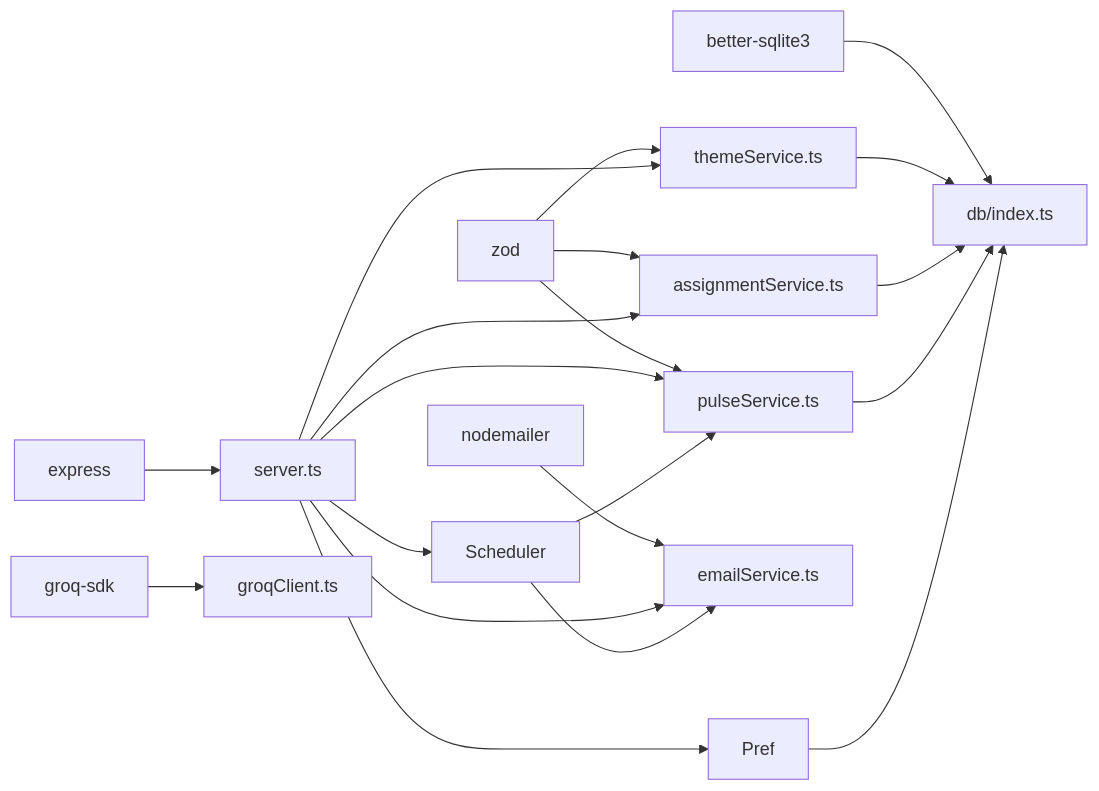
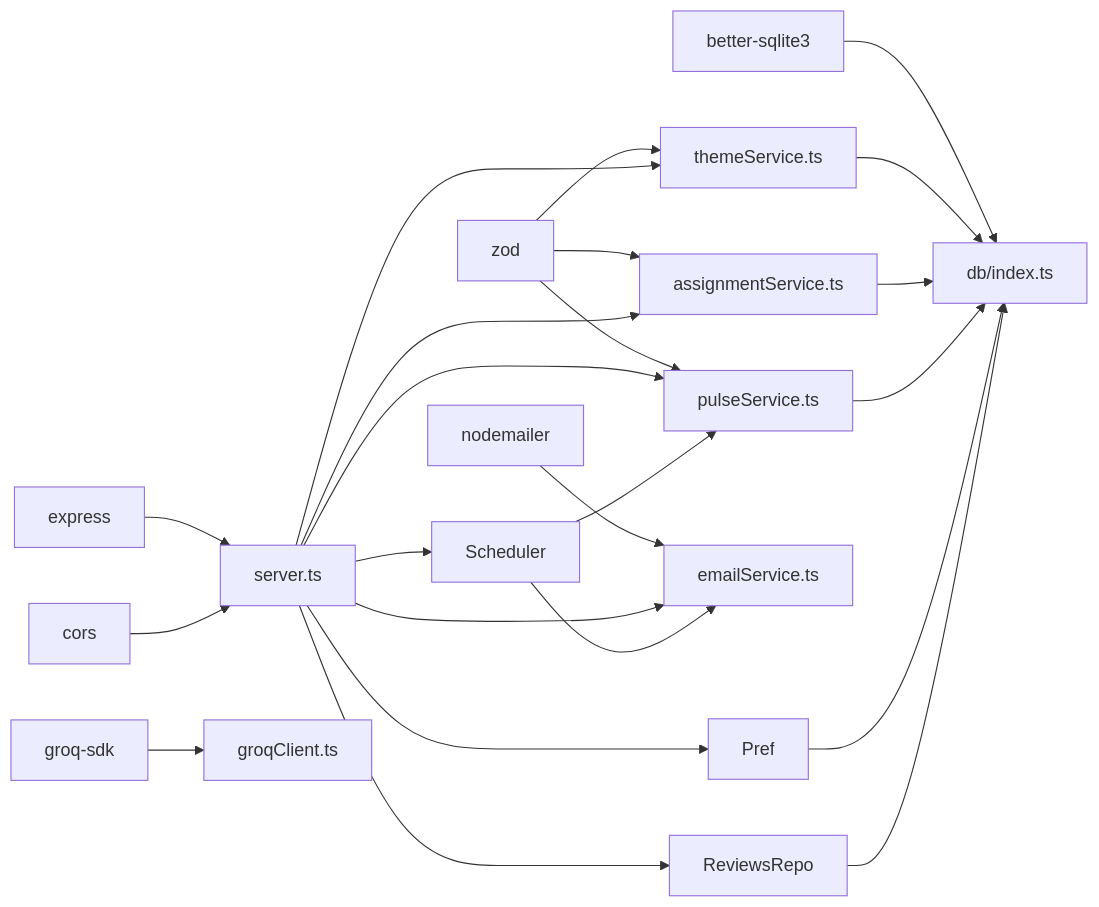
Before and after one commit to aravinthraj-ramalingam/Groww-App-Review-Insights-Analyzer-: the tenth of 11 diagrams in .qoder/repowiki/en/content/API Reference/Phase 2 API Endpoints.md, drawn with Mermaid. The commit also changed other lines of this file and 11 other files, not shown here.

````diff
--- a/.qoder/repowiki/en/content/API Reference/Phase 2 API Endpoints.md
+++ b/.qoder/repowiki/en/content/API Reference/Phase 2 API Endpoints.md
@@ -447,22 +562,25 @@
 ```mermaid
 graph LR
 Express["express"] --> Server["server.ts"]
+Cors["cors"] --> Server
 Zod["zod"] --> ThemeSvc["themeService.ts"]
 Zod --> AssignmentSvc["assignmentService.ts"]
 Zod --> PulseSvc["pulseService.ts"]
 Better["better-sqlite3"] --> DB["db/index.ts"]
 GroqSDK["groq-sdk"] --> Groq["groqClient.ts"]
 Nodemailer["nodemailer"] --> Email["emailService.ts"]
 Server --> ThemeSvc
 Server --> AssignmentSvc
 Server --> PulseSvc
 Server --> Email
 Server --> Pref
+Server --> ReviewsRepo
 Server --> Scheduler
 ThemeSvc --> DB
 AssignmentSvc --> DB
 PulseSvc --> DB
 Pref --> DB
+ReviewsRepo --> DB
 Scheduler --> PulseSvc
 Scheduler --> Email
 ```
````
